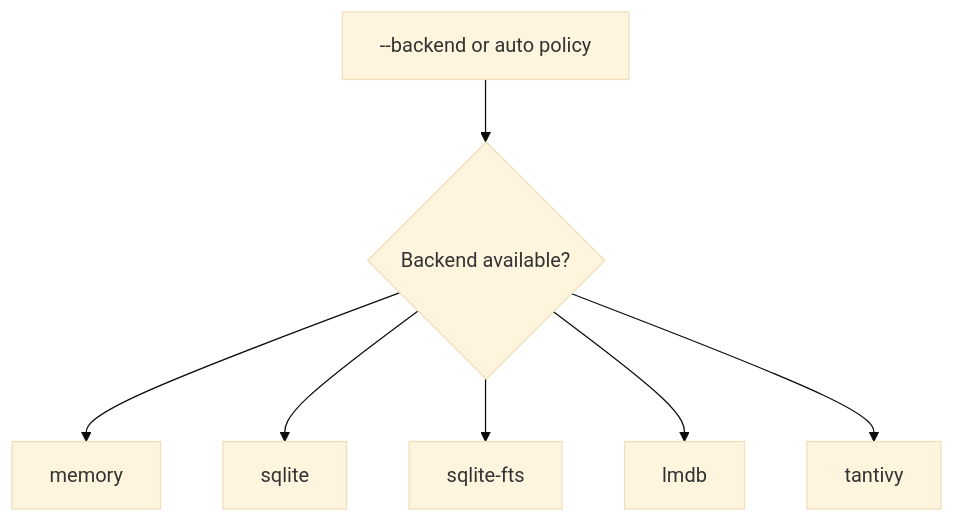
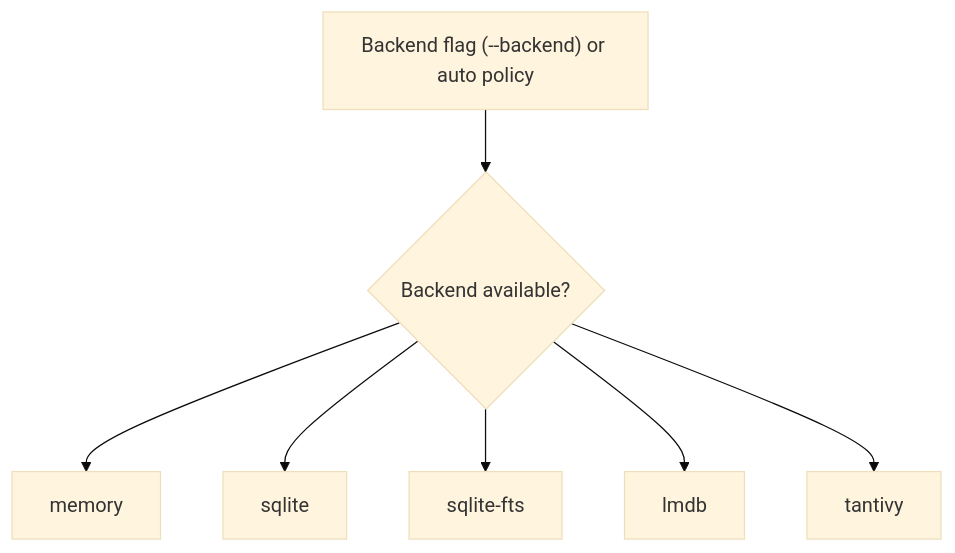
Before and after one commit to doublemover/PairOfCleats: diagram 12 of 13 in docs/guides/architecture.md, drawn with Mermaid (base theme). The commit also changed other lines of this file and 21 other files, not shown here.

````diff
--- a/docs/guides/architecture.md
+++ b/docs/guides/architecture.md
@@ -173,9 +173,9 @@
 ```mermaid
-flowchart TB
-  A[--backend or auto policy] --> B{Backend available?}
-  B --> C[memory]
-  B --> D[sqlite]
-  B --> E[sqlite-fts]
-  B --> F[lmdb]
-  B --> G[tantivy]
+graph TD
+  A["Backend flag (--backend) or auto policy"] --> B{Backend available?}
+  B --> C["memory"]
+  B --> D["sqlite"]
+  B --> E["sqlite-fts"]
+  B --> F["lmdb"]
+  B --> G["tantivy"]
 ```
````
